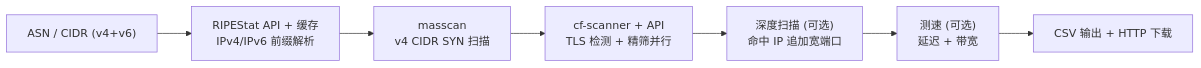
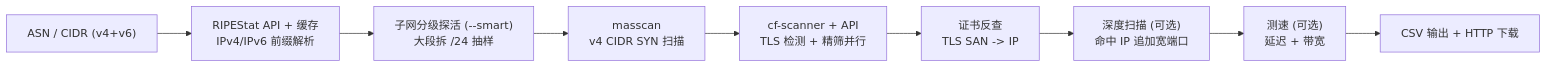
One commit to xiaoqian-1001/ASNIPtest changed the diagram in README.md. Above: the diagram before and after it, drawn with Mermaid. The commit also changed other lines of this file, not shown here.

Commit message:
docs: README v2.0.2 -- 智能子网分级 + TLS 证书反查 文档 Co-authored-by: monkeycode-ai <monkeycode-ai@chaitin.com>

````diff
--- a/README.md
+++ b/README.md
@@ -98,9 +132,11 @@
 ```mermaid
 graph LR
     A["ASN / CIDR (v4+v6)"] --> B["RIPEStat API + 缓存<br/>IPv4/IPv6 前缀解析"]
-    B --> C["masscan<br/>v4 CIDR SYN 扫描"]
-    C --> D["cf-scanner + API<br/>TLS 检测 + 精筛并行"]
-    D --> E["深度扫描 (可选)<br/>命中 IP 追加宽端口"]
-    E --> F["测速 (可选)<br/>延迟 + 带宽"]
-    F --> G["CSV 输出 + HTTP 下载"]
+    B --> C["子网分级探活 (--smart)<br/>大段拆 /24 抽样"]
+    C --> D["masscan<br/>v4 CIDR SYN 扫描"]
+    D --> E["cf-scanner + API<br/>TLS 检测 + 精筛并行"]
+    E --> F["证书反查<br/>TLS SAN -> IP"]
+    F --> G["深度扫描 (可选)<br/>命中 IP 追加宽端口"]
+    G --> H["测速 (可选)<br/>延迟 + 带宽"]
+    H --> I["CSV 输出 + HTTP 下载"]
 ```
````
